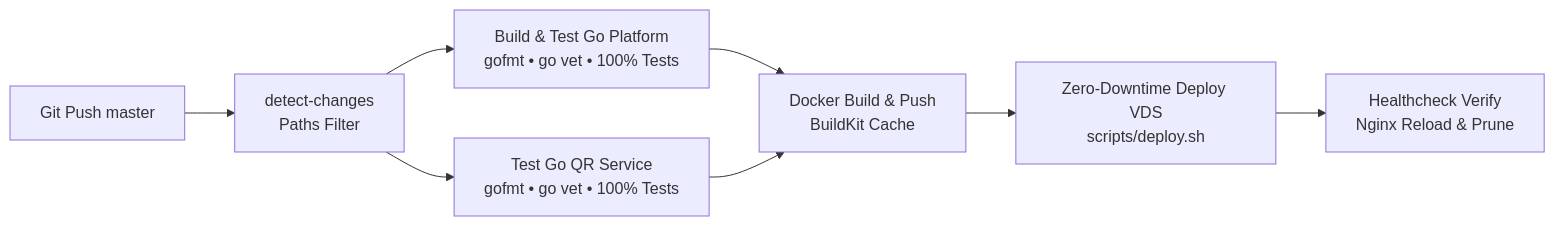
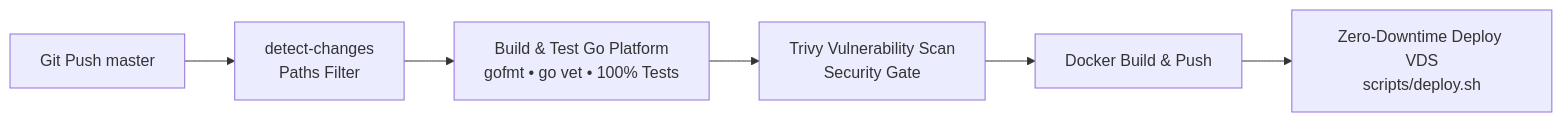
One commit to AndreyJVM/portfolio-service changed the second of 3 diagrams in README.md. Above: the diagram before and after it, drawn with Mermaid. The commit also changed other lines of this file and 154 other files, not shown here.

````diff
--- a/README.md
+++ b/README.md
@@ -143,10 +78,8 @@
 ```mermaid
 flowchart LR
     A[Git Push master] --> B[detect-changes<br/>Paths Filter]
     B --> C[Build & Test Go Platform<br/>gofmt • go vet • 100% Tests]
-    B --> D[Test Go QR Service<br/>gofmt • go vet • 100% Tests]
-    C --> E[Docker Build & Push<br/>BuildKit Cache]
-    D --> E
+    C --> D[Trivy Vulnerability Scan<br/>Security Gate]
+    D --> E[Docker Build & Push]
     E --> F[Zero-Downtime Deploy VDS<br/>scripts/deploy.sh]
-    F --> G[Healthcheck Verify<br/>Nginx Reload & Prune]
 ```
````
